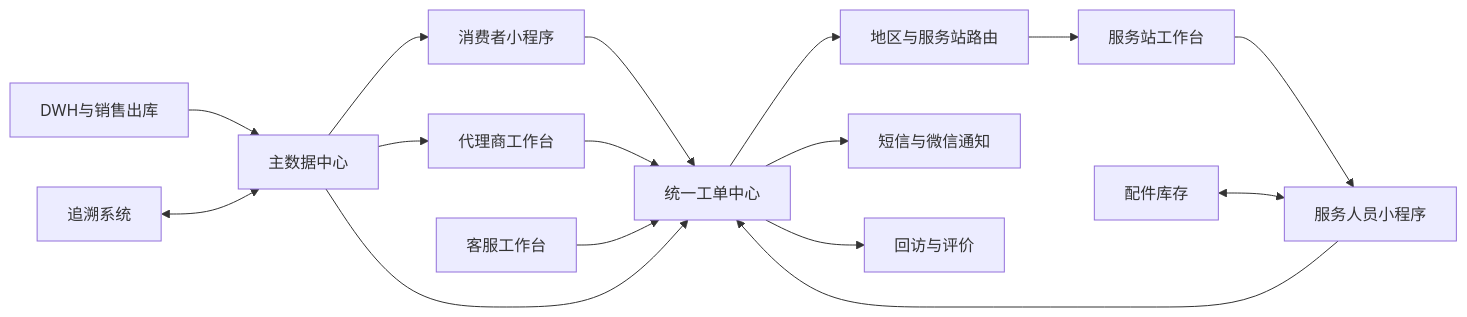
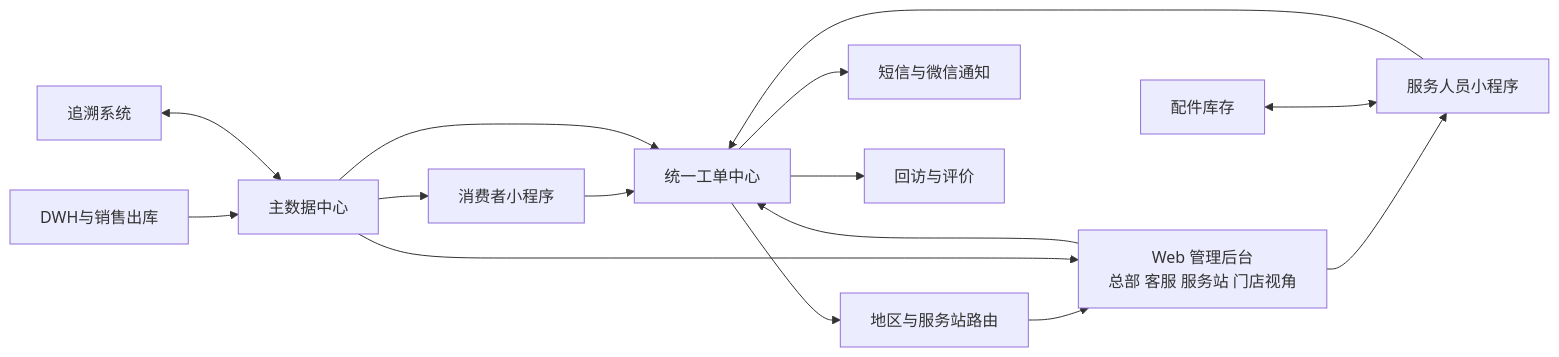
Before and after one commit to zhiyuan23/toto-after-sales-docs: the second of 2 diagrams in 01-功能需求/02-角色权限与总体架构.md, drawn with Mermaid. The commit also changed other lines of this file and 32 other files, not shown here.

````diff
--- a/01-功能需求/02-角色权限与总体架构.md
+++ b/01-功能需求/02-角色权限与总体架构.md
@@ -82,18 +82,17 @@
 ```mermaid
 flowchart LR
     C[消费者小程序] --> O[统一工单中心]
-    D[代理商工作台] --> O
-    CS[客服工作台] --> O
+    WEB[Web 管理后台<br/>总部 客服 服务站 门店视角] --> O
     O --> R[地区与服务站路由]
-    R --> S[服务站工作台]
-    S --> W[服务人员小程序]
+    R --> WEB
+    WEB --> W[服务人员小程序]
     W --> O
     O --> N[短信与微信通知]
     O --> E[回访与评价]
     M[主数据中心] --> C
-    M --> D
+    M --> WEB
     M --> O
     DWH[DWH与销售出库] --> M
     T[追溯系统] <--> M
     P[配件库存] <--> W
 ```
````
